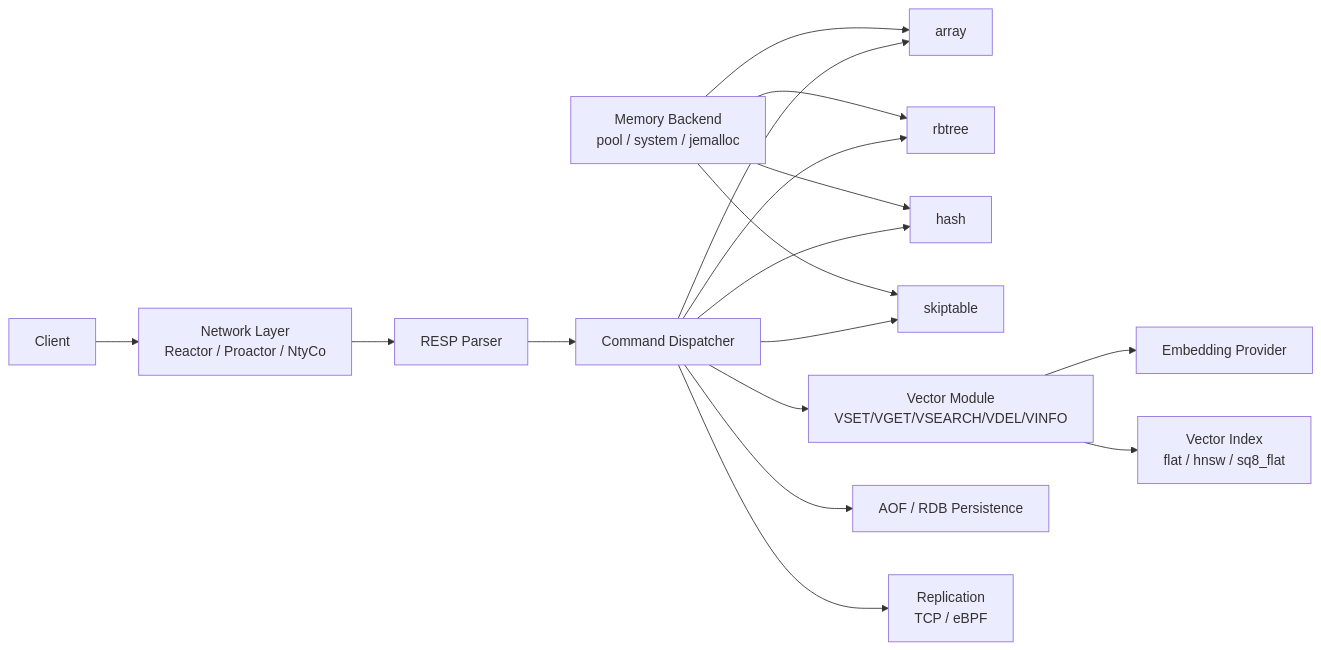
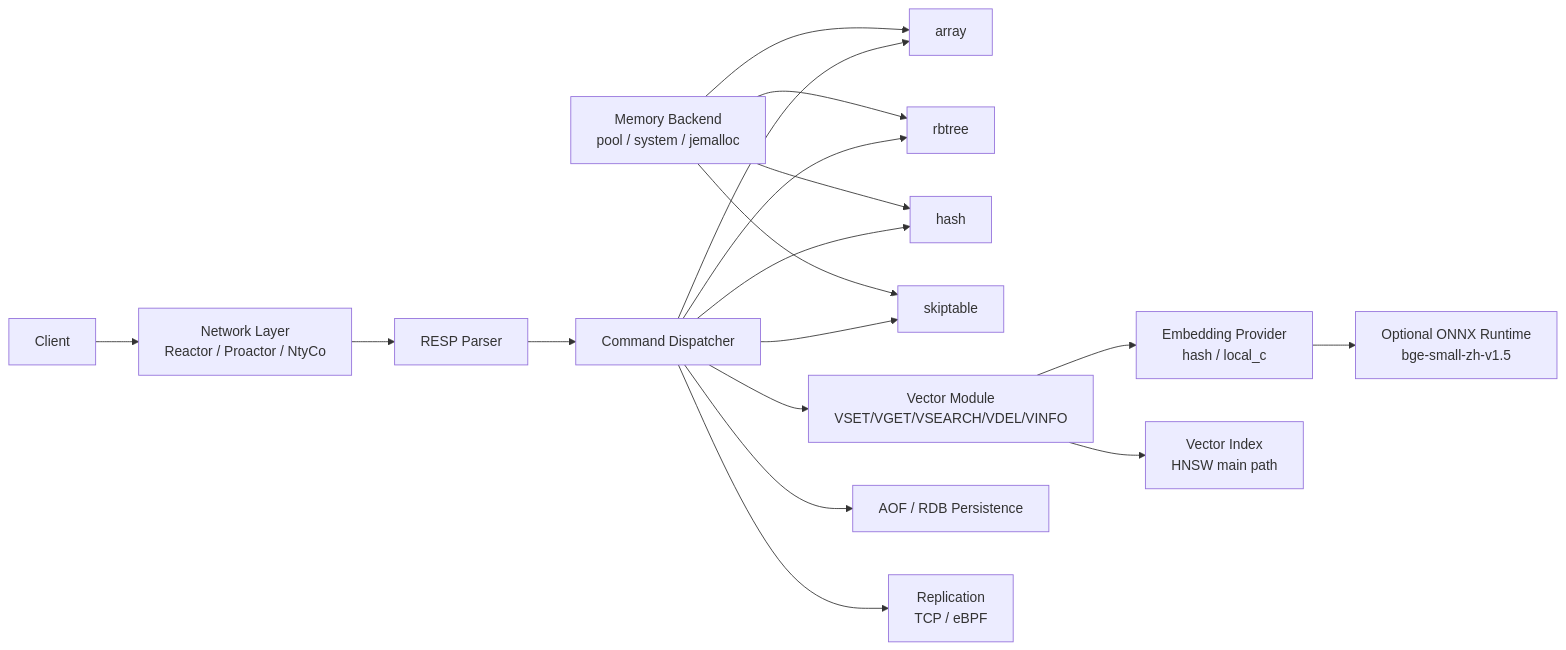
The first of 3 diagrams in README.md (208822032/Roven), drawn with Mermaid before and after one commit. The commit also changed other lines of this file and 5 other files, not shown here.

````diff
--- a/README.md
+++ b/README.md
@@ -72,22 +73,23 @@
 ```mermaid
 flowchart LR
     C[Client] --> N[Network Layer<br/>Reactor / Proactor / NtyCo]
     N --> P[RESP Parser]
     P --> D[Command Dispatcher]
     D --> S1[array]
     D --> S2[rbtree]
     D --> S3[hash]
     D --> S4[skiptable]
 
     D --> VEC[Vector Module<br/>VSET/VGET/VSEARCH/VDEL/VINFO]
-    VEC --> EMB[Embedding Provider]
-    VEC --> IDX[Vector Index<br/>flat / hnsw / sq8_flat]
+    VEC --> EMB[Embedding Provider<br/>hash / local_c]
+    EMB --> ONNX[Optional ONNX Runtime<br/>bge-small-zh-v1.5]
+    VEC --> IDX[Vector Index<br/>HNSW main path]
 
     D --> AOF[AOF / RDB Persistence]
     D --> SYNC[Replication<br/>TCP / eBPF]
 
     M[Memory Backend<br/>pool / system / jemalloc] --> S1
     M --> S2
     M --> S3
     M --> S4
 ```
````
